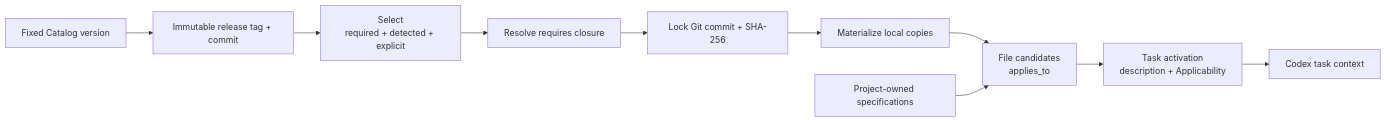
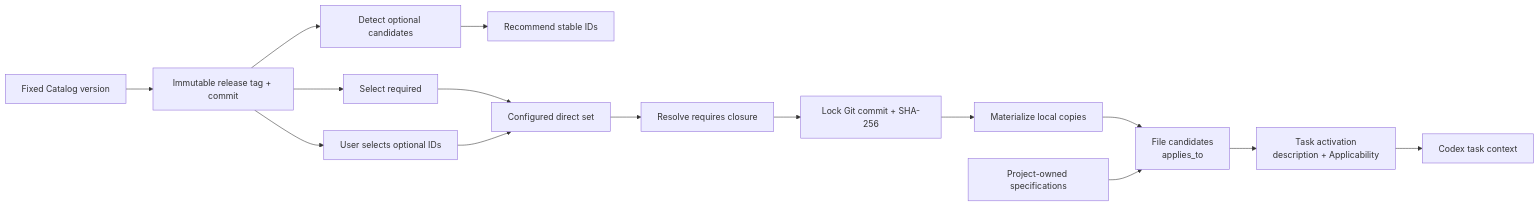
The second of 3 diagrams in docs/specification-model.md (XiaoWeiKIN/EngineeringSpecifications), drawn with Mermaid before and after one commit. The commit also changed other lines of this file and 6 other files, not shown here.

Commit message:
docs: make optional spec selection explicit

````diff
--- a/docs/specification-model.md
+++ b/docs/specification-model.md
@@ -99,12 +102,17 @@
 ```mermaid
 flowchart LR
     Version["Fixed Catalog version"] --> Catalog["Immutable release tag + commit"]
-    Catalog --> Select["Select<br/>required + detected + explicit"]
+    Catalog --> Required["Select required"]
+    Catalog --> Detect["Detect optional candidates"]
+    Detect --> Recommend["Recommend stable IDs"]
+    Catalog --> Explicit["User selects optional IDs"]
+    Required --> Select["Configured direct set"]
+    Explicit --> Select
     Select --> Closure["Resolve requires closure"]
     Closure --> Lock["Lock Git commit + SHA-256"]
     Lock --> Local["Materialize local copies"]
     Local --> Scope["File candidates<br/>applies_to"]
     Project["Project-owned specifications"] --> Scope
     Scope --> Activate["Task activation<br/>description + Applicability"]
     Activate --> Codex["Codex task context"]
 ```
````
